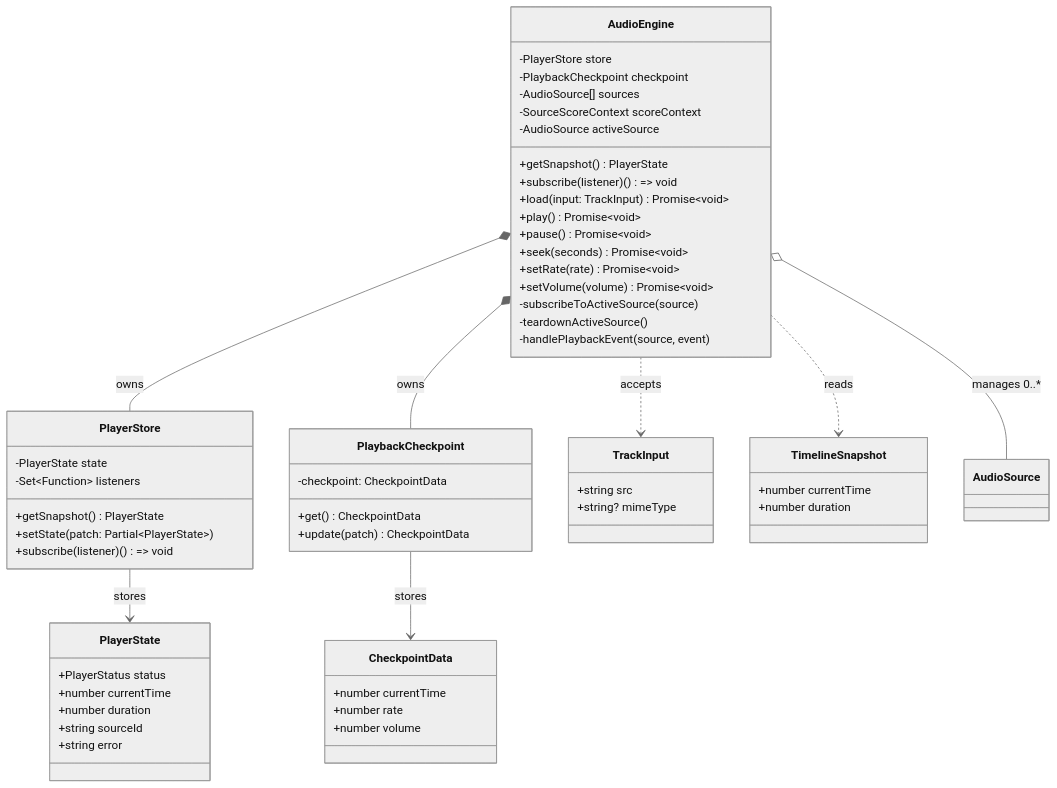
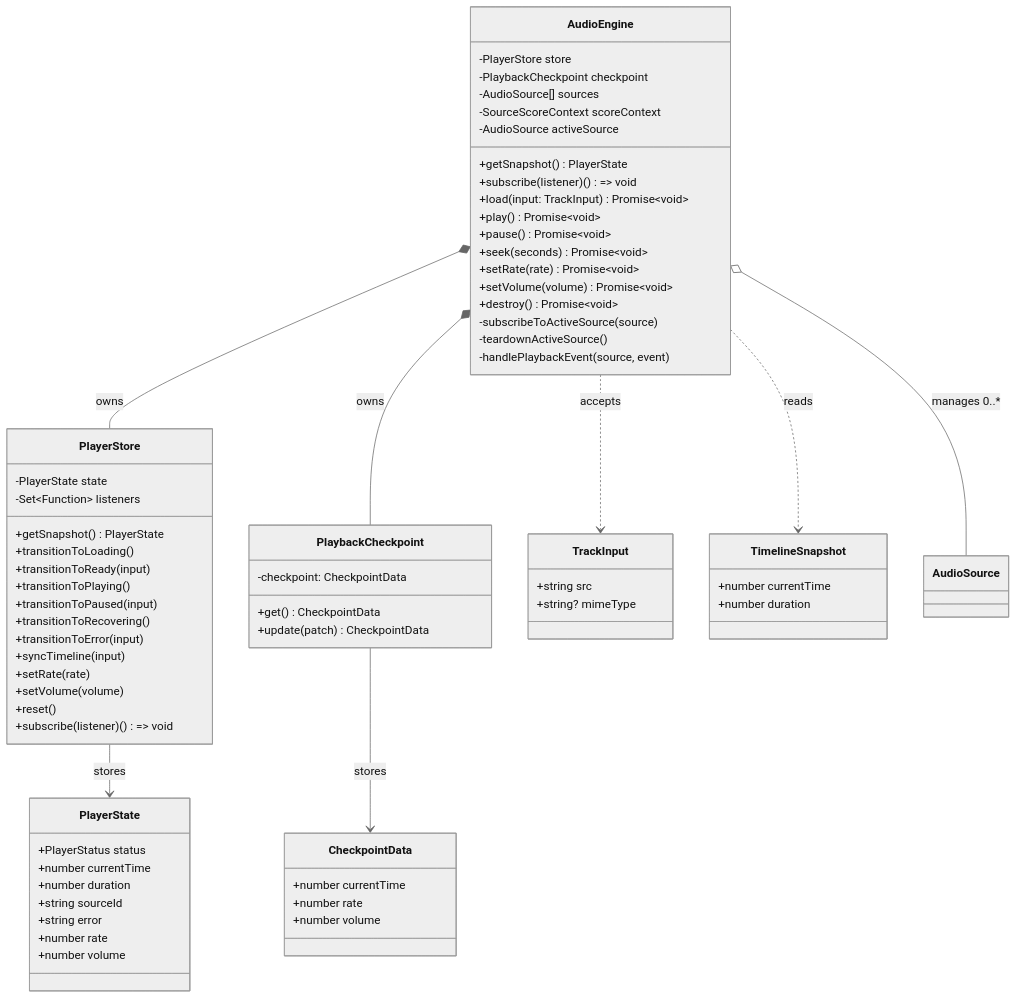
The third of 4 diagrams in docs/diagrams/2026-03-10-web-audio-player-architecture.md (kalynbeach/kkb), drawn with Mermaid (neutral theme) before and after one commit. The commit also changed other lines of this file and 27 other files, not shown here.

````diff
--- a/docs/diagrams/2026-03-10-web-audio-player-architecture.md
+++ b/docs/diagrams/2026-03-10-web-audio-player-architecture.md
@@ -141,67 +151,79 @@
 ```mermaid
 classDiagram
     class AudioEngine {
         -PlayerStore store
         -PlaybackCheckpoint checkpoint
         -AudioSource[] sources
         -SourceScoreContext scoreContext
         -AudioSource activeSource
         +getSnapshot() PlayerState
         +subscribe(listener) () => void
         +load(input: TrackInput) Promise~void~
         +play() Promise~void~
         +pause() Promise~void~
         +seek(seconds) Promise~void~
         +setRate(rate) Promise~void~
         +setVolume(volume) Promise~void~
+        +destroy() Promise~void~
         -subscribeToActiveSource(source)
         -teardownActiveSource()
         -handlePlaybackEvent(source, event)
     }
 
     class PlayerStore {
         -PlayerState state
         -Set~Function~ listeners
         +getSnapshot() PlayerState
-        +setState(patch: Partial~PlayerState~)
+        +transitionToLoading()
+        +transitionToReady(input)
+        +transitionToPlaying()
+        +transitionToPaused(input)
+        +transitionToRecovering()
+        +transitionToError(input)
+        +syncTimeline(input)
+        +setRate(rate)
+        +setVolume(volume)
+        +reset()
         +subscribe(listener) () => void
     }
 
     class PlayerState {
         +PlayerStatus status
         +number currentTime
         +number duration
         +string sourceId
         +string error
+        +number rate
+        +number volume
     }
 
     class PlaybackCheckpoint {
         -checkpoint: CheckpointData
         +get() CheckpointData
         +update(patch) CheckpointData
     }
 
     class CheckpointData {
         +number currentTime
         +number rate
         +number volume
     }
 
     class TrackInput {
         +string src
         +string? mimeType
     }
 
     class TimelineSnapshot {
         +number currentTime
         +number duration
     }
 
     AudioEngine *-- PlayerStore : owns
     AudioEngine *-- PlaybackCheckpoint : owns
     AudioEngine o-- AudioSource : manages 0..*
     PlayerStore --> PlayerState : stores
     PlaybackCheckpoint --> CheckpointData : stores
     AudioEngine ..> TrackInput : accepts
     AudioEngine ..> TimelineSnapshot : reads
 ```
````
